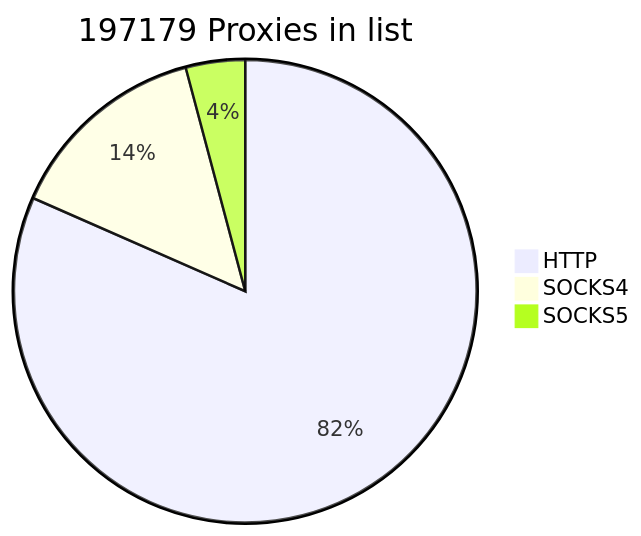
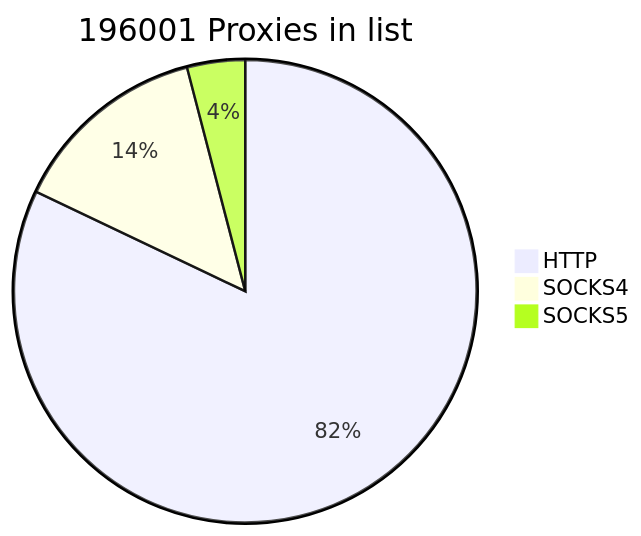
One commit to cutipu/proxylist changed the first of 2 diagrams in README.md. Above: the diagram before and after it, drawn with Mermaid. The commit also changed other lines of this file, not shown here.

````diff
--- a/README.md
+++ b/README.md
@@ -2,7 +2,7 @@
 ```mermaid
-pie title 197179 Proxies in list
-    "HTTP" : 160870
-    "SOCKS4" : 28141
-    "SOCKS5" : 8168
+pie title 196001 Proxies in list
+    "HTTP" : 160860
+    "SOCKS4" : 27200
+    "SOCKS5" : 7941
             
 ```
````
